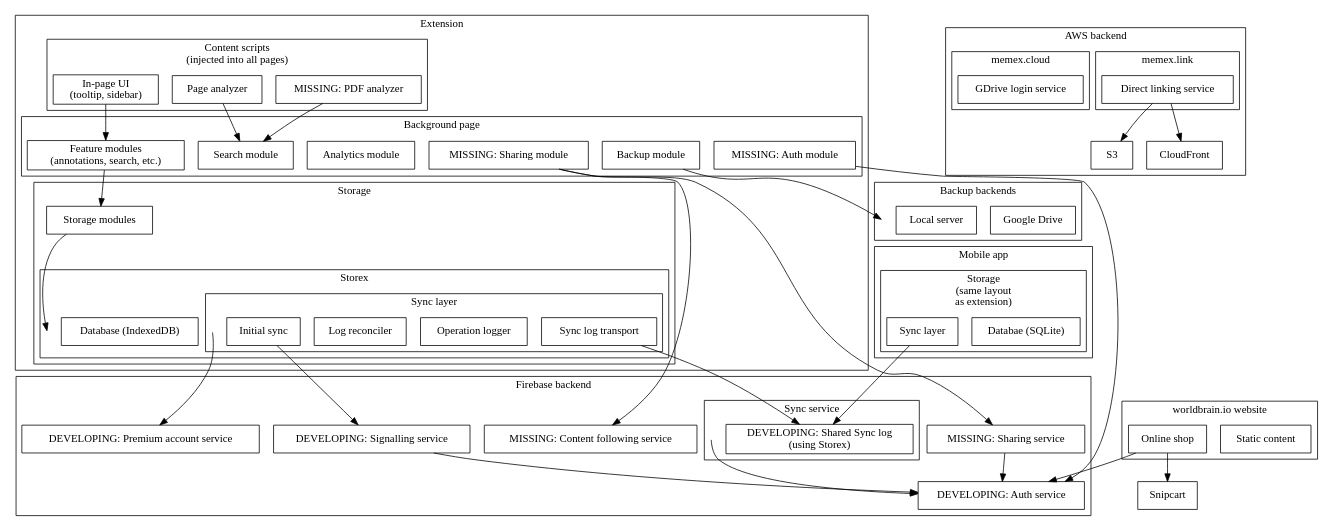
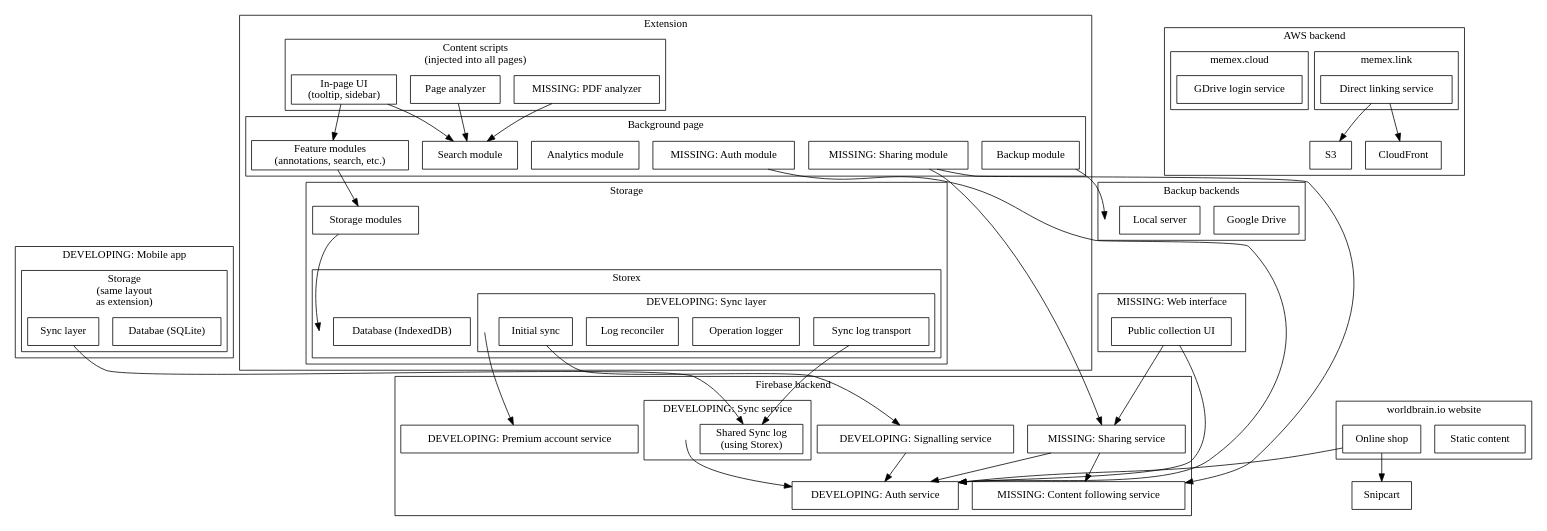
Before and after one commit to tkukurin/Memex: the diagram in docs/architecture.dot, drawn with Graphviz.

Commit message:
More work on architecture diagram

```diff
--- a/docs/architecture.dot
+++ b/docs/architecture.dot
@@ -1,141 +1,152 @@
 digraph G {
     node [
         shape=rect;
     ];
 
     subgraph cluster_extension {
         label="Extension";
         
         subgraph cluster_extension_storage {
             label="Storage";
 
             extension_storage_modules [label="Storage modules"];
 
             subgraph cluster_extension_storex {
                 label="Storex";
 
                 subgraph cluster_extension_sync {
-                    label="Sync layer";
+                    label="DEVELOPING: Sync layer";
 
                     extension_sync_transport [label="Sync log transport"];
                     extension_sync_logger [label="Operation logger"];
                     extension_sync_reconciler [label="Log reconciler"];
                     extension_sync_initial [label="Initial sync"];
                     extension_sync [label="", style="invis", width=0, height=0];
                 }
                 extension_database [label="Database (IndexedDB)"];
                 extension_storex [label="", style="invis", width=0, height=0];
             }
 
             extension_storage_modules -> extension_storex;
         }
 
         subgraph cluster_background_page {
             label="Background page";
             
             extension_sharing_module [label="MISSING: Sharing module"];
             extension_backup_module [label="Backup module"];
             extension_auth_module [label="MISSING: Auth module"];
             extension_analytics [label="Analytics module"];
             extension_search_module [label="Search module"];
             extension_feature_modules [label="Feature modules\n(annotations, search, etc.)"];
         }
 
         subgraph cluster_content_scripts {
             label="Content scripts\n(injected into all pages)";
 
             extension_page_analyzer [label="Page analyzer"];
             extension_in_page_ui [label="In-page UI\n(tooltip, sidebar)"];
             extension_pdf_analyzer [label="MISSING: PDF analyzer"];
         }
 
         extension_in_page_ui -> extension_feature_modules;
+        extension_in_page_ui -> extension_search_module;
         extension_pdf_analyzer -> extension_search_module;
         extension_page_analyzer -> extension_search_module;
         extension_feature_modules -> extension_storage_modules;
     }
 
     subgraph cluster_mobile {
-        label="Mobile app"
+        label="DEVELOPING: Mobile app"
 
         subgraph cluster_app_storage {
             label="Storage\n(same layout\nas extension)";
 
             app_database [label="Databae (SQLite)"];
             app_sync [label="Sync layer"];
         }
     }
 
     subgraph cluster_firebase_backend {
         label="Firebase backend";
 
         signalling_service [label="DEVELOPING: Signalling service"];
         premium_account_service [label="DEVELOPING: Premium account service"];
         following_service [label="MISSING: Content following service"];
 
         subgraph cluster_sync_service {
-            label="Sync service";
+            label="DEVELOPING: Sync service";
 
-            shared_sync_log [label="DEVELOPING: Shared Sync log\n(using Storex)"];
+            shared_sync_log [label="Shared Sync log\n(using Storex)"];
             sync_service [label="", style="invis", width=0, height=0];
         }
 
         auth_service [label="DEVELOPING: Auth service"];
         sharing_service [label="MISSING: Sharing service"];
         signalling_service -> auth_service;
         sync_service -> auth_service;
         sharing_service -> auth_service;
+        sharing_service -> following_service;
     }
 
     subgraph cluster_aws_backend {
         label="AWS backend";
 
         AWS_S3 [label="S3"];
         AWS_CloudFront [label="CloudFront"];
 
         subgraph cluster_direct_linking_service {
             label="memex.link";
 
             direct_linking_service [label="Direct linking service"];
         }
 
         subgraph cluster_memex_root_service {
             label="memex.cloud";
 
             gdrive_login_service [label="GDrive login service"];
         }
 
         direct_linking_service -> AWS_S3;
         direct_linking_service -> AWS_CloudFront;
     }
 
     subgraph cluster_backup_backends {
         label="Backup backends";
 
         backup_backend_gdrive [label="Google Drive"];
         backup_backend_local [label="Local server"];
         backup_backends [label="", style="invis", width=0, height=0];
     }
 
     subgraph cluster_website {
         label="worldbrain.io website";
 
         website_content [label="Static content"];
         website_shop [label="Online shop"];
     }
 
+    subgraph cluster_webinterface {
+        label="MISSING: Web interface";
+
+        webinterface_public_collections [label="Public collection UI"];
+    }
+
     snipcart [label="Snipcart"];
 
     extension_sync_transport -> shared_sync_log;
     extension_sync -> premium_account_service;
     extension_sync_initial -> signalling_service;
     extension_backup_module -> backup_backends;
     extension_auth_module -> auth_service;
     extension_sharing_module -> sharing_service;
     extension_sharing_module -> following_service;
 
     app_sync -> shared_sync_log;
 
     website_shop -> snipcart;
     website_shop -> auth_service;
+
+    webinterface_public_collections -> sharing_service;
+    webinterface_public_collections -> auth_service;
 }
```
